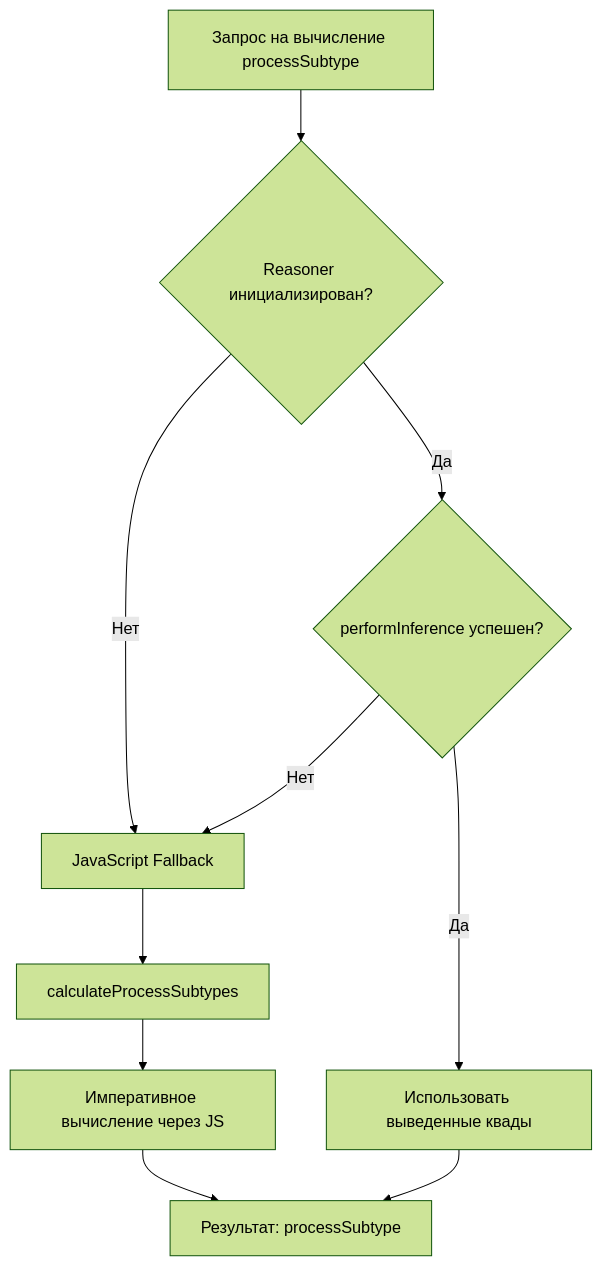
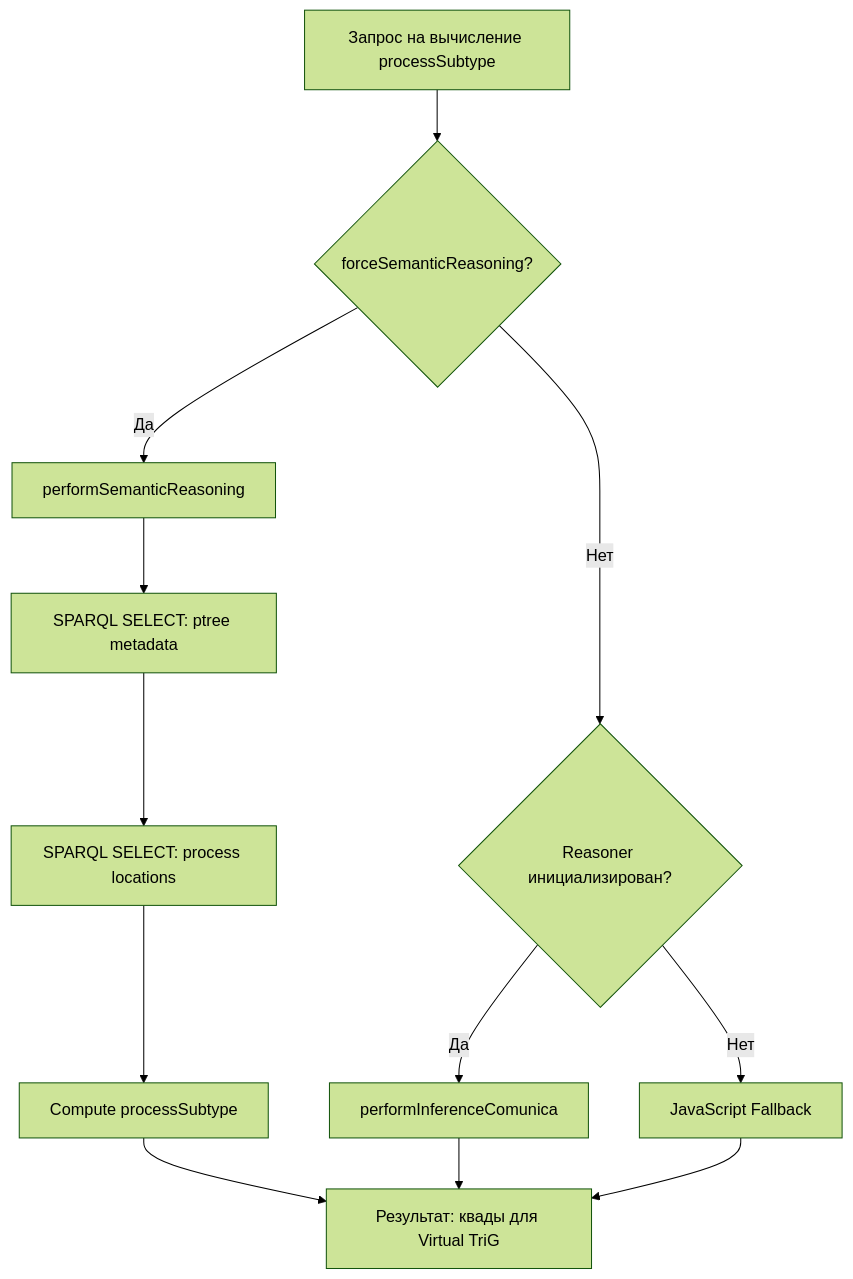
The sixth of 6 diagrams in ver9c/doc/11_reasoning.md (konard/bpmbpm-rdf-grapher), drawn with Mermaid (forest theme) before and after one commit. The commit also changed other lines of this file and 6 other files, not shown here.

First line of the commit message:
feat: Implement semantic reasoning and quadstore unification (issue #322)

````diff
--- a/ver9c/doc/11_reasoning.md
+++ b/ver9c/doc/11_reasoning.md
@@ -486,12 +486,14 @@
 ```mermaid
 flowchart TD
-    A[Запрос на вычисление processSubtype] --> B{Reasoner инициализирован?}
-    B -->|Нет| C[JavaScript Fallback]
-    B -->|Да| D{performInference успешен?}
-    D -->|Да| E[Использовать выведенные квады]
-    D -->|Нет| C
-    C --> F[calculateProcessSubtypes]
-    F --> G[Императивное вычисление через JS]
-    G --> H[Результат: processSubtype]
-    E --> H
+    A[Запрос на вычисление processSubtype] --> B{forceSemanticReasoning?}
+    B -->|Да| C[performSemanticReasoning]
+    B -->|Нет| D{Reasoner инициализирован?}
+    D -->|Да| E[performInferenceComunica]
+    D -->|Нет| F[JavaScript Fallback]
+    C --> G[SPARQL SELECT: ptree metadata]
+    G --> H[SPARQL SELECT: process locations]
+    H --> I[Compute processSubtype]
+    I --> J[Результат: квады для Virtual TriG]
+    E --> J
+    F --> J
 ```
````
